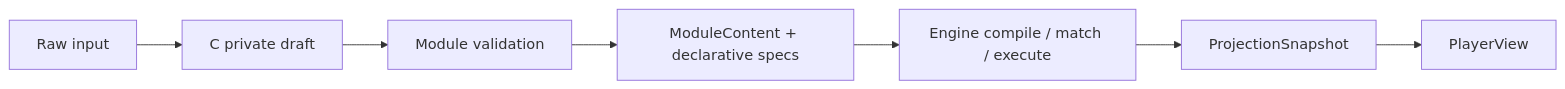
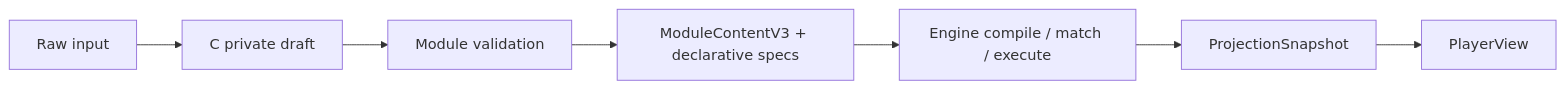
One commit to 1024XEngineer/TRPG-master changed the second of 3 diagrams in agent-collaboration-framework/docs/architecture.md. Above: the diagram before and after it, drawn with Mermaid. The commit also changed other lines of this file and 35 other files, not shown here.

````diff
--- a/agent-collaboration-framework/docs/architecture.md
+++ b/agent-collaboration-framework/docs/architecture.md
@@ -100,9 +100,9 @@
 ```mermaid
 flowchart LR
     RAW["Raw input"] --> DRAFT["C private draft"]
     DRAFT --> VALIDATE["Module validation"]
-    VALIDATE --> CONTRACT["ModuleContent + declarative specs"]
+    VALIDATE --> CONTRACT["ModuleContentV3 + declarative specs"]
     CONTRACT --> ENGINE["Engine compile / match / execute"]
     ENGINE --> SNAP["ProjectionSnapshot"]
     SNAP --> VIEW["PlayerView"]
 ```
````
